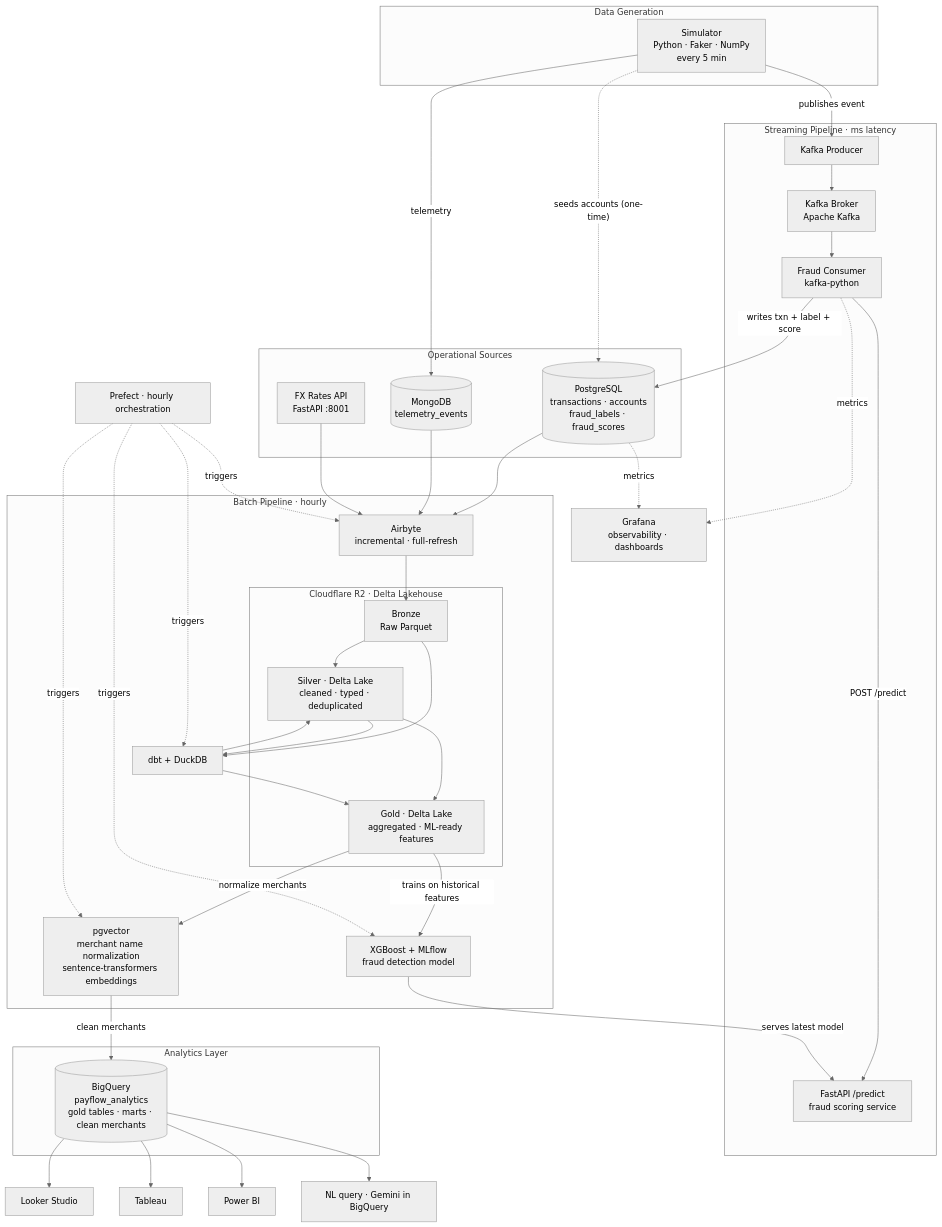
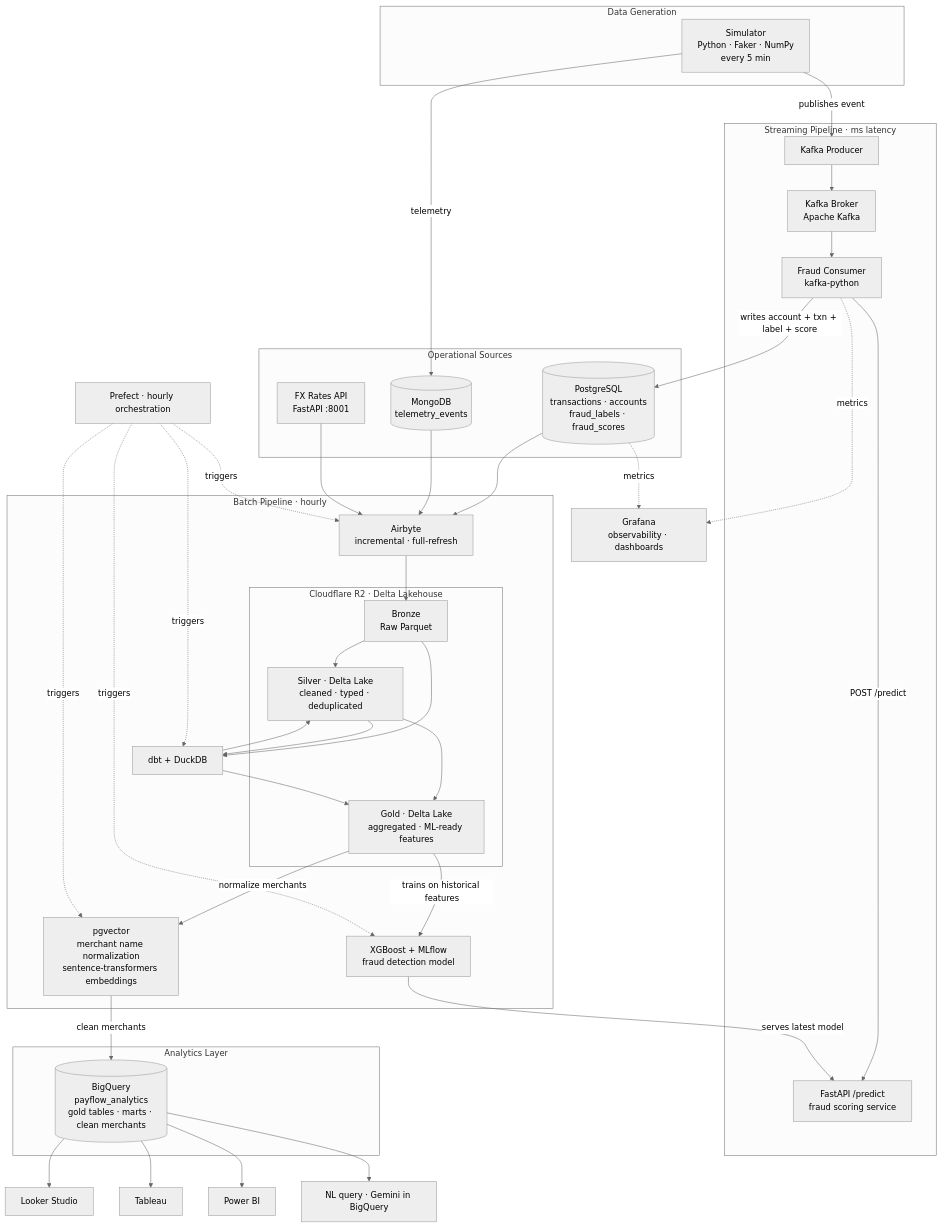
Before and after one commit to vifestudio/payflow-data-platform: the diagram in README.md, drawn with Mermaid (neutral theme).

Commit message:
docs: route all Postgres writes through the streaming consumer
Drop the simulator's account seed arrow; the consumer upserts the account and
writes transaction, label and score together, so nothing reaches Postgres except
through Kafka -> ML. Telemetry still goes to MongoDB.

````diff
--- a/README.md
+++ b/README.md
@@ -9,61 +9,60 @@
 ```mermaid
 flowchart TD
     subgraph SIM["Data Generation"]
         S["Simulator\nPython · Faker · NumPy\nevery 5 min"]
     end
 
     subgraph STREAMING["Streaming Pipeline · ms latency"]
         KP["Kafka Producer"]
         KB["Kafka Broker\nApache Kafka"]
         KC["Fraud Consumer\nkafka-python"]
         API2["FastAPI /predict\nfraud scoring service"]
     end
 
     subgraph SOURCES["Operational Sources"]
         PG[(PostgreSQL\ntransactions · accounts\nfraud_labels · fraud_scores)]
         MG[(MongoDB\ntelemetry_events)]
         FX["FX Rates API\nFastAPI :8001"]
     end
 
     subgraph BATCH["Batch Pipeline · hourly"]
         AB["Airbyte\nincremental · full-refresh"]
         subgraph LAKE["Cloudflare R2 · Delta Lakehouse"]
             B["Bronze\nRaw Parquet"]
             SI["Silver · Delta Lake\ncleaned · typed · deduplicated"]
             G["Gold · Delta Lake\naggregated · ML-ready features"]
             B --> SI --> G
         end
         DBT["dbt + DuckDB"]
         VEC["pgvector\nmerchant name normalization\nsentence-transformers embeddings"]
         ML["XGBoost + MLflow\nfraud detection model"]
     end
 
     subgraph ANALYTICS["Analytics Layer"]
         BQ[("BigQuery\npayflow_analytics\ngold tables · marts · clean merchants")]
     end
 
     LS["Looker Studio"]
     TB["Tableau"]
     PB["Power BI"]
     NLQ["NL query · Gemini in BigQuery"]
     GRAF["Grafana\nobservability · dashboards"]
 
     S -->|"publishes event"| KP --> KB --> KC
     S -->|"telemetry"| MG
-    S -.->|"seeds accounts (one-time)"| PG
     KC -->|"POST /predict"| API2
-    KC -->|"writes txn + label + score"| PG
+    KC -->|"writes account + txn + label + score"| PG
 
     PG & MG & FX --> AB --> B
     B --> DBT --> SI --> DBT --> G
 
     G -->|"trains on historical features"| ML
     ML -->|"serves latest model"| API2
 
     G -->|"normalize merchants"| VEC -->|"clean merchants"| BQ
     BQ --> LS & TB & PB & NLQ
 
     PG & KC -.->|"metrics"| GRAF
 
     PREF["Prefect · hourly orchestration"] -. "triggers" .-> AB & DBT & ML & VEC
 ```
````
